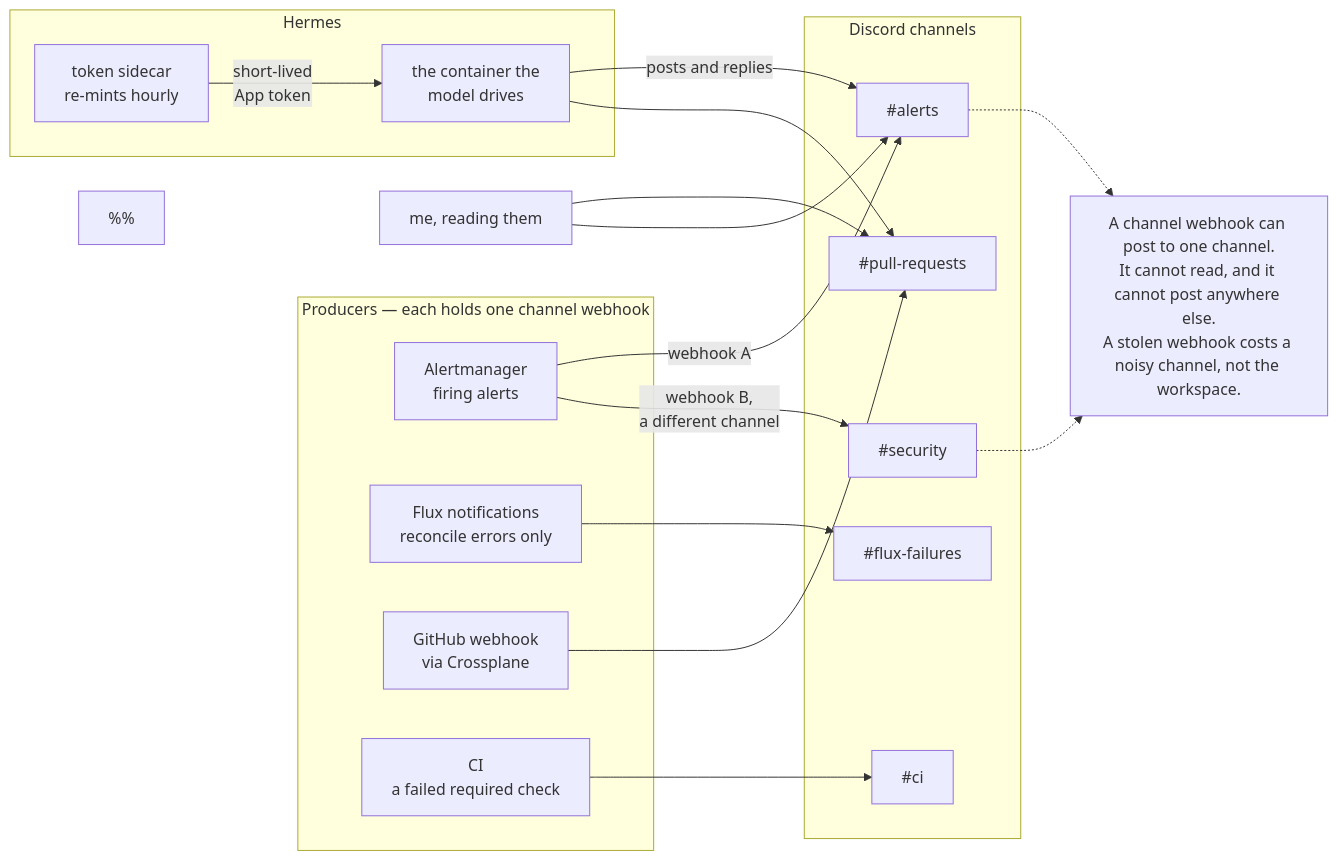
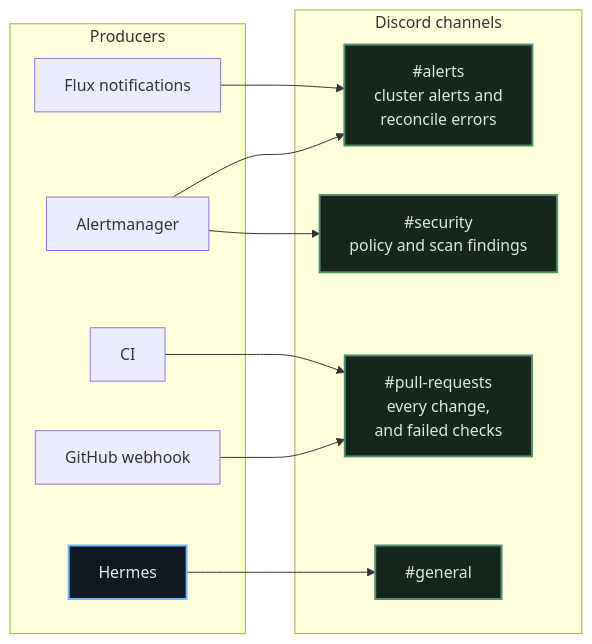
Before and after one commit to kg6zjl/clusters: the diagram in documentation/site-diagrams/src/discord.mmd, drawn with Mermaid. The commit also changed 27 other files, not shown here.

```diff
--- a/documentation/site-diagrams/src/discord.mmd
+++ b/documentation/site-diagrams/src/discord.mmd
@@ -1,56 +1,37 @@
 flowchart LR
-%% Discord is the whole human interface here, and it is worth being precise about why that is
-%% safe rather than just convenient.
-%%
-%% Everything posting into Discord holds a channel webhook. A webhook can add one message to the
-%% one channel it was created in and do nothing else: it cannot read history, cannot react,
-%% cannot join another channel, and no API client anywhere holds it. Four producers, four
-%% webhooks — and losing any one of them silences exactly one channel.
-%%
-%% The agent's outbound path is the only other credential, and it is the opposite shape: one
-%% Discord App token, minted and re-minted by a sidecar that the model's own container never
-%% holds. A compromise there yields a token that dies within the hour.
-%%
-%% One consequence worth stating plainly: because a channel webhook is bound to the channel it
-%% was born in, the security channel's webhook cannot be swapped for the alerts channel's URL.
-%% That separation is a property of the credential, not a routing rule somebody has to maintain.
+%% Discord is the whole human interface here, and worth being precise about why that is safe rather
+%% than just convenient. Every webhook is bound to one channel and can only add a message to it: no
+%% history, no reactions, no other channel. Two producers that share a channel therefore have to
+%% share a webhook, which is why #alerts takes both cluster alerts and reconcile errors. The lines
+%% do that work, not words on them.
 
-  subgraph producers["Producers — each holds one channel webhook"]
-    am["Alertmanager<br/>firing alerts"]
-    fluxnotif["Flux notifications<br/>reconcile errors only"]
-    github["GitHub webhook<br/>via Crossplane"]
-    ci["CI<br/>a failed required check"]
+  subgraph producers["Producers"]
+    am["Alertmanager"]
+    fluxnotif["Flux notifications"]
+    github["GitHub webhook"]
+    ci["CI"]
+    hermes["Hermes"]
   end
 
   subgraph channels["Discord channels"]
-    alerts["#alerts"]
-    security["#security"]
-    prs["#pull-requests"]
-    fluxfail["#flux-failures"]
-    cic["#ci"]
+    alerts["#alerts<br/>cluster alerts and<br/>reconcile errors"]
+    security["#security<br/>policy and scan findings"]
+    prs["#pull-requests<br/>every change,<br/>and failed checks"]
+    general["#general"]
   end
 
-  subgraph agentbox["Hermes"]
-    minter["token sidecar<br/>re-mints hourly"]
-    agent["the container the<br/>model drives"]
-  end
+  am --> alerts
+  am --> security
+  fluxnotif --> alerts
+  github --> prs
+  ci --> prs
+  hermes --> general
 
-  me["me, reading them"]
+  %% Green is where everything lands. Hermes is blue because it is the one producer here that is
+  %% not a channel webhook: it holds an app token, minted short-lived by a sidecar, and posts to the
+  %% channels it was granted rather than being confined to one.
+  classDef ok fill:#17251d,stroke:#4f8f6a,stroke-width:2px,color:#dce9e0
+  classDef control fill:#121820,stroke:#71b7ff,stroke-width:2px,color:#e7edf3
 
-  am -->|"webhook A"| alerts
-  am -->|"webhook B,<br/>a different channel"| security
-  fluxnotif --> fluxfail
-  github --> prs
-  ci --> cic
-
-  minter -->|"short-lived<br/>App token"| agent
-  agent -->|"posts and replies"| alerts
-  agent --> prs
-
-  me --> prs
-  me --> alerts
-
-  trust["A channel webhook can post to one channel.<br/>It cannot read, and it cannot post anywhere else.<br/>A stolen webhook costs a noisy channel, not the workspace."]
-
-  alerts -.-> trust
-  security -.-> trust
+  class alerts,security,prs,general ok
+  class hermes control
```
